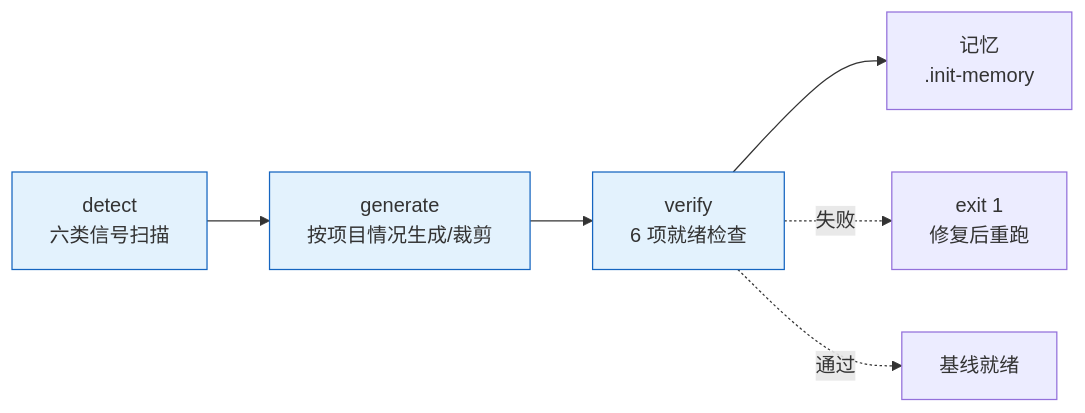
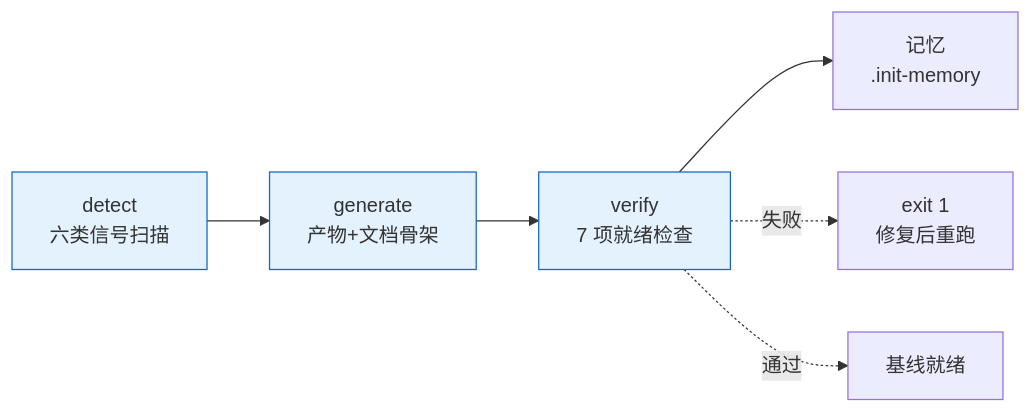
Before and after one commit to effiy/YrY: the second of 2 diagrams in skills/rui/SKILL.md, drawn with Mermaid. The commit also changed other lines of this file and 4 other files, not shown here.

````diff
--- a/skills/rui/SKILL.md
+++ b/skills/rui/SKILL.md
@@ -90,7 +90,7 @@
 ```mermaid
 flowchart LR
-    P1[detect<br/>六类信号扫描]:::s --> P2[generate<br/>按项目情况生成/裁剪]:::s --> P3[verify<br/>6 项就绪检查]:::s --> P4[记忆<br/>.init-memory]
+    P1[detect<br/>六类信号扫描]:::s --> P2[generate<br/>产物+文档骨架]:::s --> P3[verify<br/>7 项就绪检查]:::s --> P4[记忆<br/>.init-memory]
     P3 -.失败.-> Fix[exit 1<br/>修复后重跑]
     P3 -.通过.-> Ready[基线就绪]
     classDef s fill:#e3f2fd,stroke:#1565c0;
 ```
````
